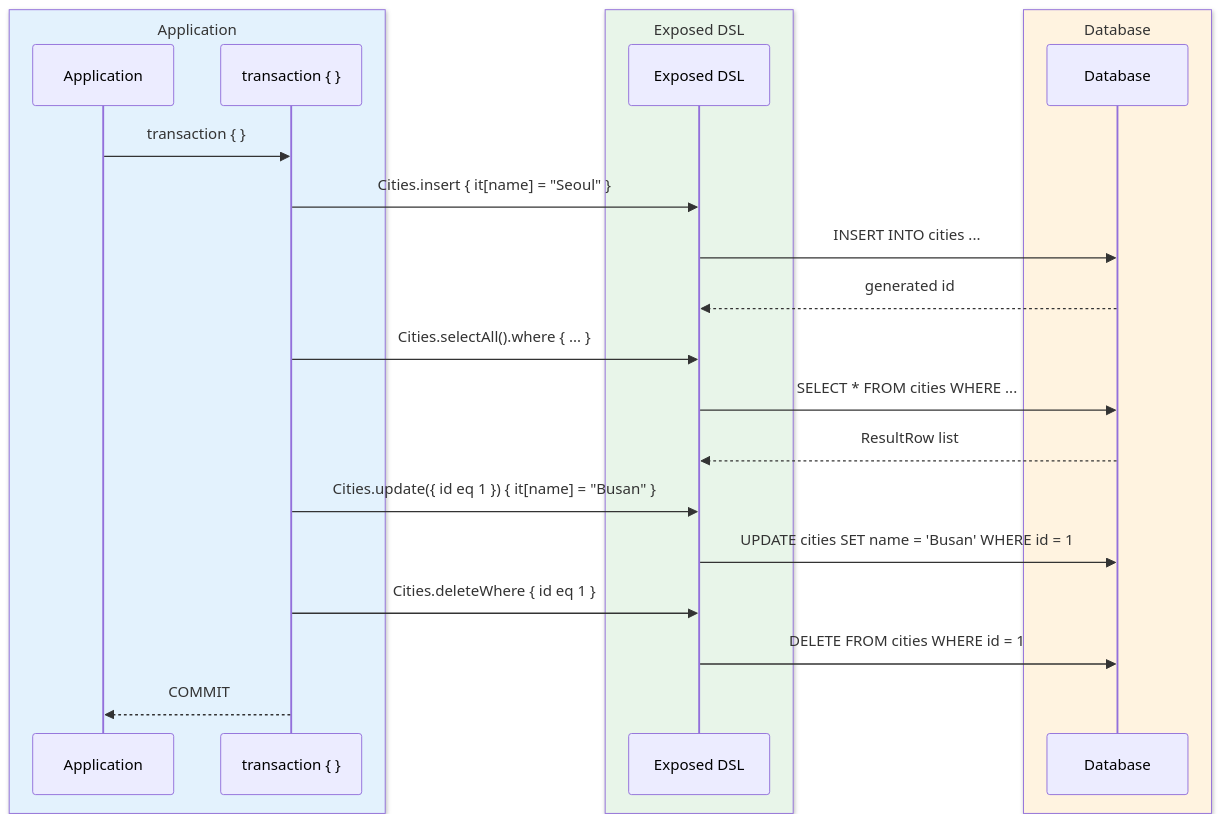
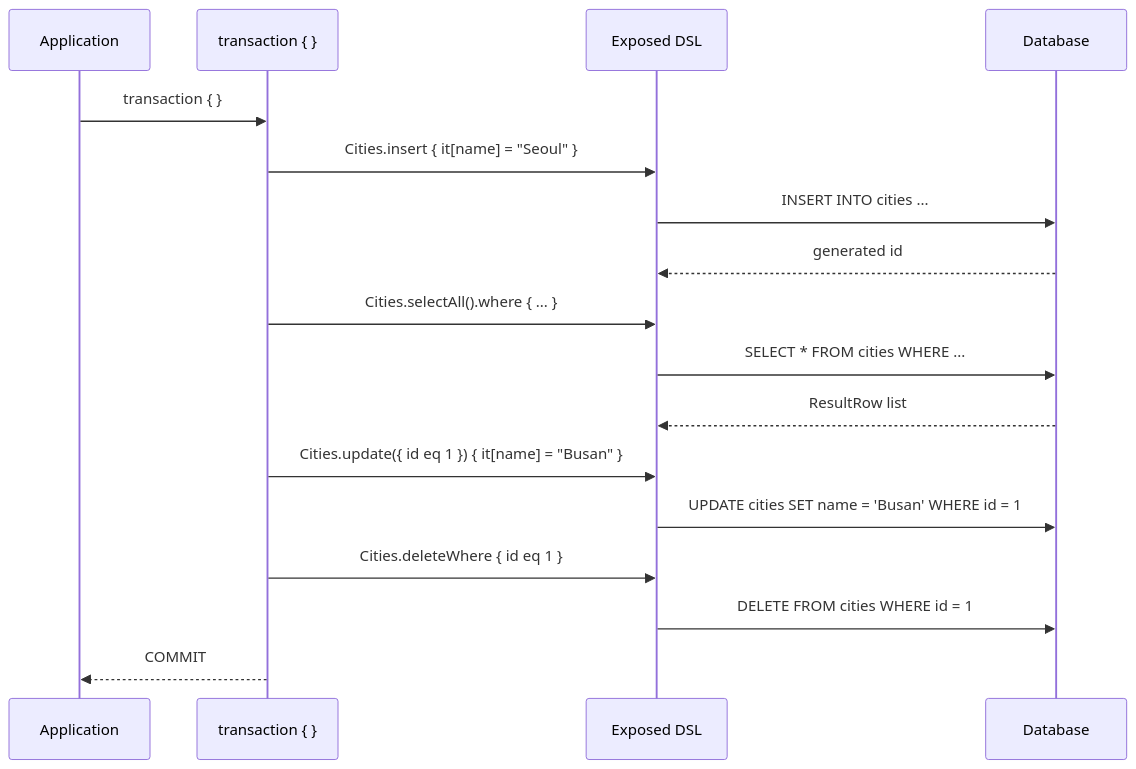
The second of 3 diagrams in 05-exposed-dml/01-dml/README.md (bluetape4k/exposed-workshop), drawn with Mermaid before and after one commit.

Commit message:
test: sequence diagram - box 제거, actorBkg만 파스텔 적용 (배경 dark 유지)

````diff
--- a/05-exposed-dml/01-dml/README.md
+++ b/05-exposed-dml/01-dml/README.md
@@ -131,27 +131,21 @@
 ```mermaid
-%%{init: {"theme": "default", "themeVariables": {"fontFamily": "'Comic Mono', 'goorm sans code', 'JetBrains Mono', 'goorm sans'"}}}%%
+%%{init: {"theme": "default", "themeVariables": {"fontFamily": "'Comic Mono', 'goorm sans code', 'JetBrains Mono', 'goorm sans'", "actorBkg": "#E3F2FD", "actorBorder": "#90CAF9", "actorTextColor": "#1565C0", "activationBkgColor": "#BBDEFB", "activationBorderColor": "#90CAF9", "noteBkgColor": "#F3E5F5", "noteBorderColor": "#CE93D8", "noteTextColor": "#4A148C"}}}%%
 sequenceDiagram
-    box rgb(227, 242, 253) Application
-        participant App as Application
-        participant TX as transaction { }
-    end
-    box rgb(232, 245, 233) Exposed DSL
-        participant DSL as Exposed DSL
-    end
-    box rgb(255, 243, 224) Database
-        participant DB as Database
-    end
+    participant App as Application
+    participant TX as transaction { }
+    participant DSL as Exposed DSL
+    participant DB as Database
 
     App ->> TX: transaction { }
     TX ->> DSL: Cities.insert { it[name] = "Seoul" }
     DSL ->> DB: INSERT INTO cities ...
     DB -->> DSL: generated id
     TX ->> DSL: Cities.selectAll().where { ... }
     DSL ->> DB: SELECT * FROM cities WHERE ...
     DB -->> DSL: ResultRow list
     TX ->> DSL: Cities.update({ id eq 1 }) { it[name] = "Busan" }
     DSL ->> DB: UPDATE cities SET name = 'Busan' WHERE id = 1
     TX ->> DSL: Cities.deleteWhere { id eq 1 }
     DSL ->> DB: DELETE FROM cities WHERE id = 1
     TX -->> App: COMMIT
 ```
````
